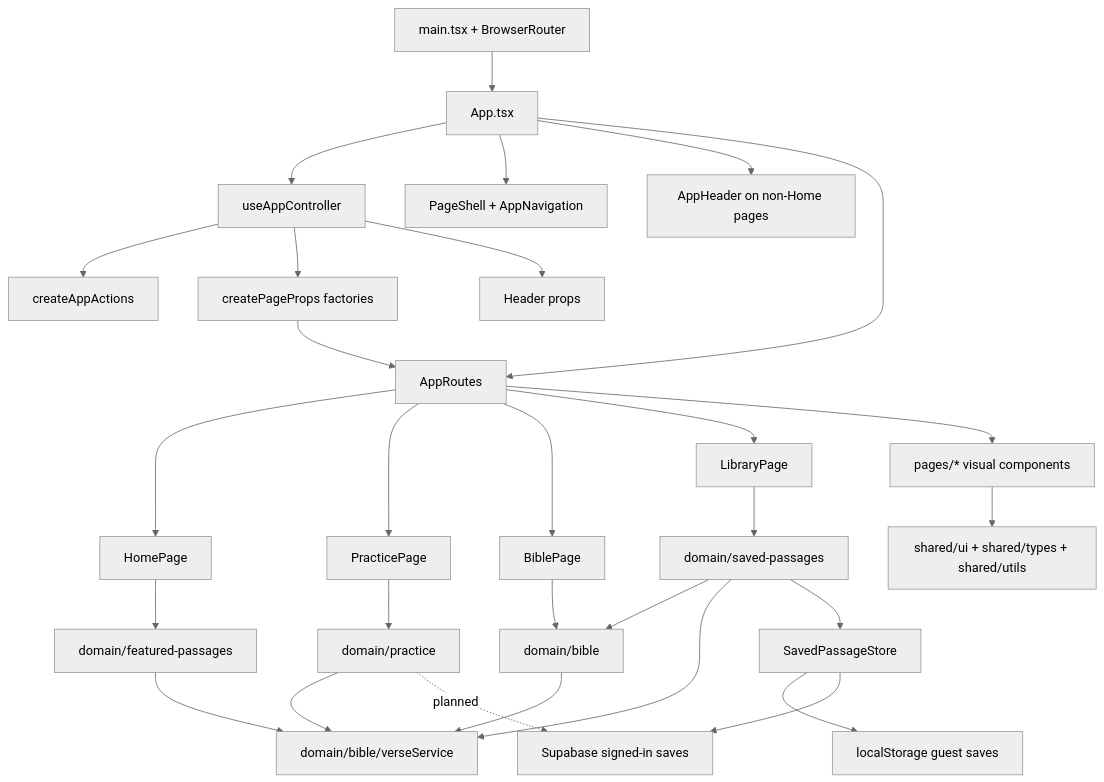
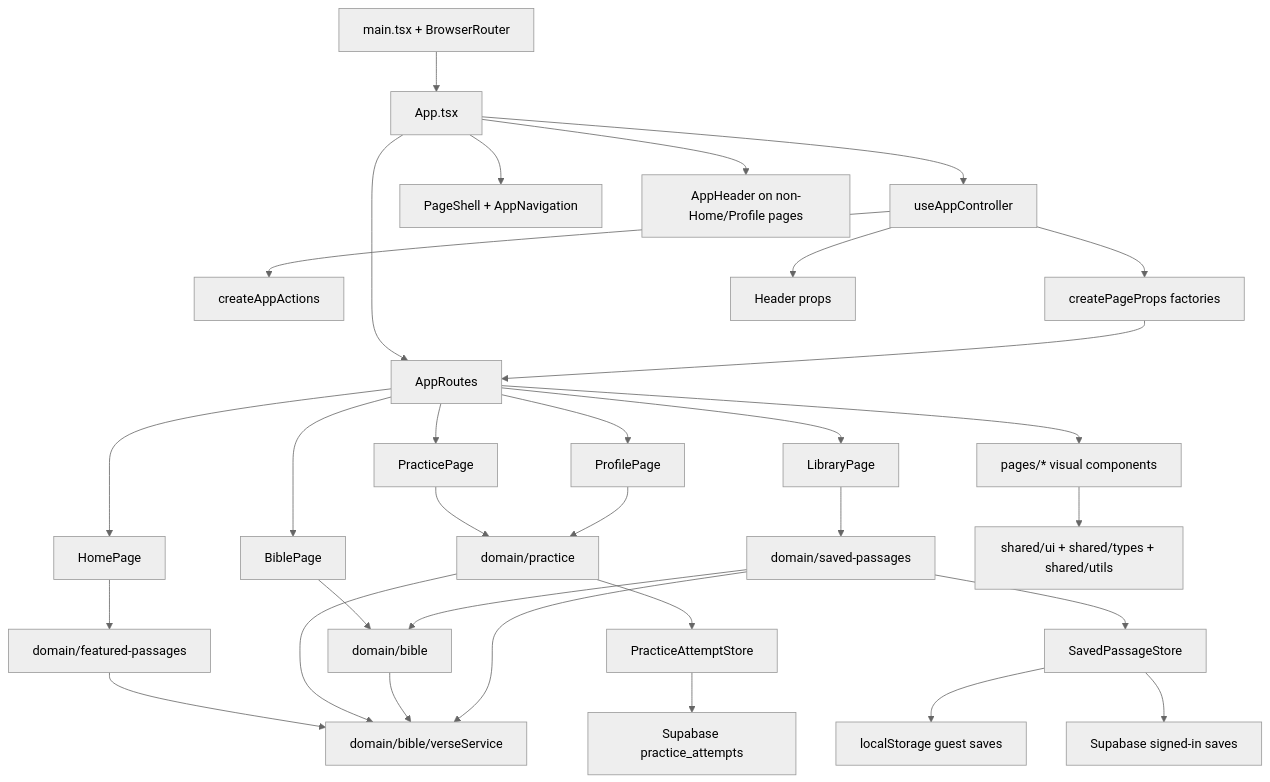
Before and after one commit to eirikenriquez/The-Word-per-Minute: the fourth of 4 diagrams in docs/documentation.md, drawn with Mermaid (neutral theme). The commit also changed other lines of this file and 2 other files, not shown here.

Commit message:
Document practice history and reflections

````diff
--- a/docs/documentation.md
+++ b/docs/documentation.md
@@ -920,31 +993,34 @@
 ```mermaid
 flowchart TD
   main["main.tsx + BrowserRouter"] --> app["App.tsx"]
   app --> controller["useAppController"]
   app --> shell["PageShell + AppNavigation"]
   controller --> actions["createAppActions"]
   controller --> pageProps["createPageProps factories"]
   controller --> headerProps["Header props"]
-  app --> header["AppHeader on non-Home pages"]
+  app --> header["AppHeader on non-Home/Profile pages"]
   app --> routes["AppRoutes"]
   pageProps --> routes
   routes --> home["HomePage"]
   routes --> practice["PracticePage"]
   routes --> bible["BiblePage"]
   routes --> library["LibraryPage"]
+  routes --> profile["ProfilePage"]
   home --> featured["domain/featured-passages"]
   practice --> practiceDomain["domain/practice"]
+  profile --> practiceDomain
   bible --> bibleDomain["domain/bible"]
   library --> savedDomain["domain/saved-passages"]
   savedDomain --> bibleDomain
   featured --> verseService["domain/bible/verseService"]
   practiceDomain --> verseService
   bibleDomain --> verseService
   savedDomain --> verseService
   savedDomain --> savedStore["SavedPassageStore"]
   savedStore --> localStorage["localStorage guest saves"]
   savedStore --> supabase["Supabase signed-in saves"]
-  practiceDomain -. planned .-> supabase
+  practiceDomain --> attemptStore["PracticeAttemptStore"]
+  attemptStore --> supabaseAttempts["Supabase practice_attempts"]
   routes --> pageUi["pages/* visual components"]
   pageUi --> shared["shared/ui + shared/types + shared/utils"]
 ```
````
